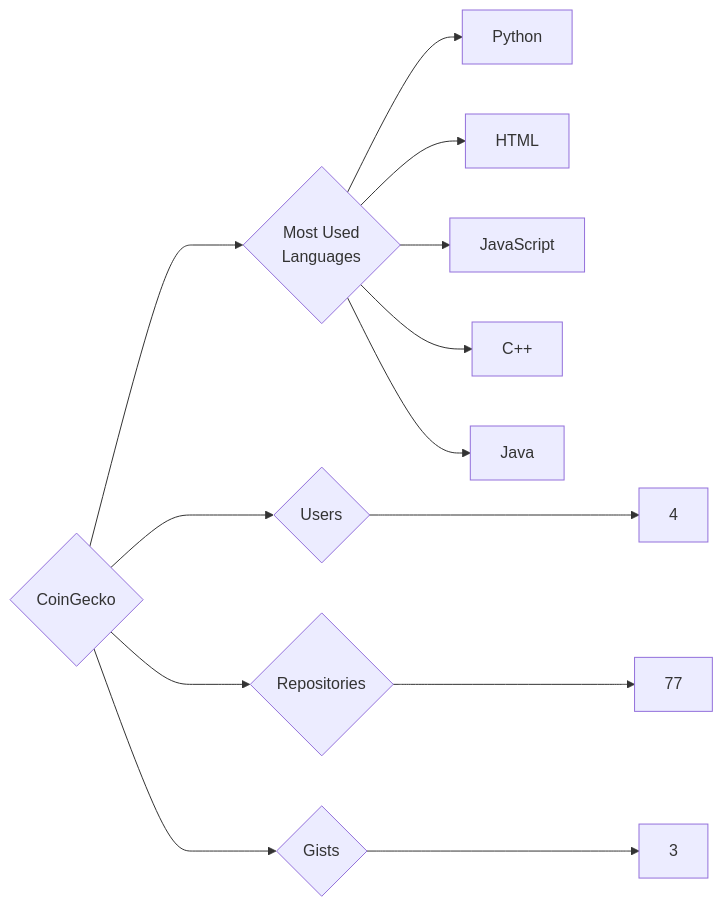
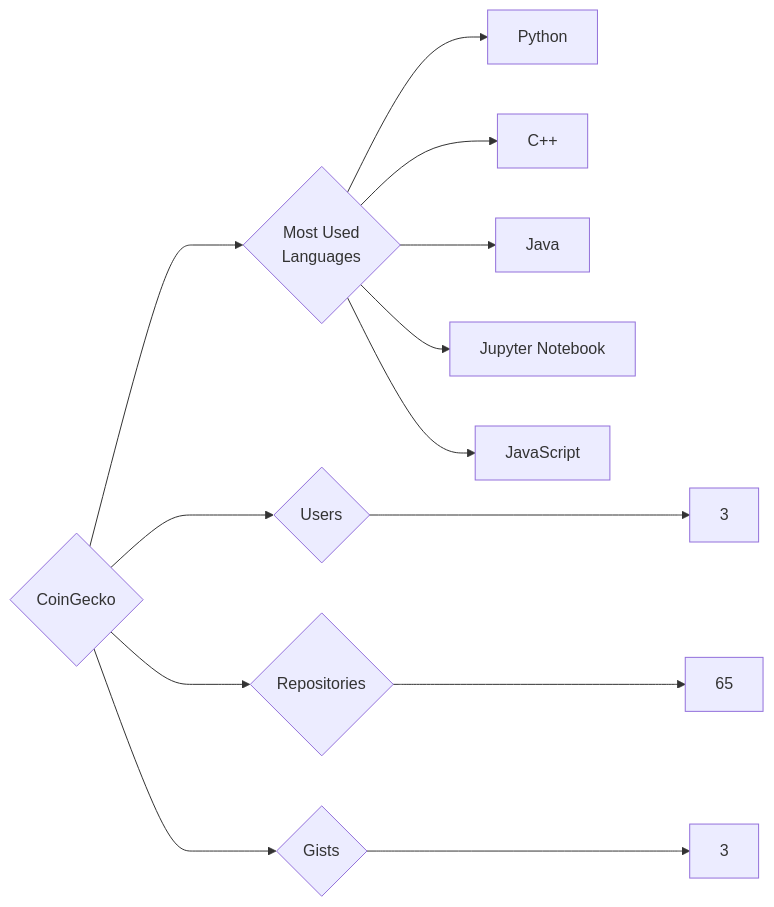
One commit to trickest/insiders changed the diagram in targets/CoinGecko/README.md. Above: the diagram before and after it, drawn with Mermaid. The commit also changed 997 other files, not shown here.

````diff
--- a/targets/CoinGecko/README.md
+++ b/targets/CoinGecko/README.md
@@ -3,13 +3,13 @@
 ```mermaid
 graph LR
 COMPANY_NAME{CoinGecko}
-COMPANY_NAME ---> U{Users} ---> UN[4]
-COMPANY_NAME ---> R{Repositories} ---> RN[77]
+COMPANY_NAME ---> U{Users} ---> UN[3]
+COMPANY_NAME ---> R{Repositories} ---> RN[65]
 COMPANY_NAME ---> G{Gists} ---> GN[3]
 COMPANY_NAME ---> ML{Most Used<br>Languages}
 ML --> Python[Python]
-ML --> HTML[HTML]
-ML --> JavaScript[JavaScript]
 ML --> C++[C++]
 ML --> Java[Java]
+ML --> Jupyter_Notebook[Jupyter Notebook]
+ML --> JavaScript[JavaScript]
 ```
````
